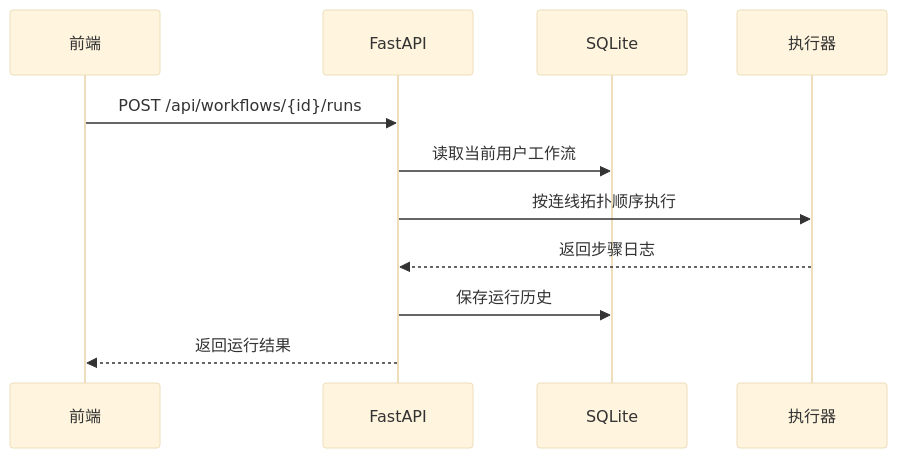
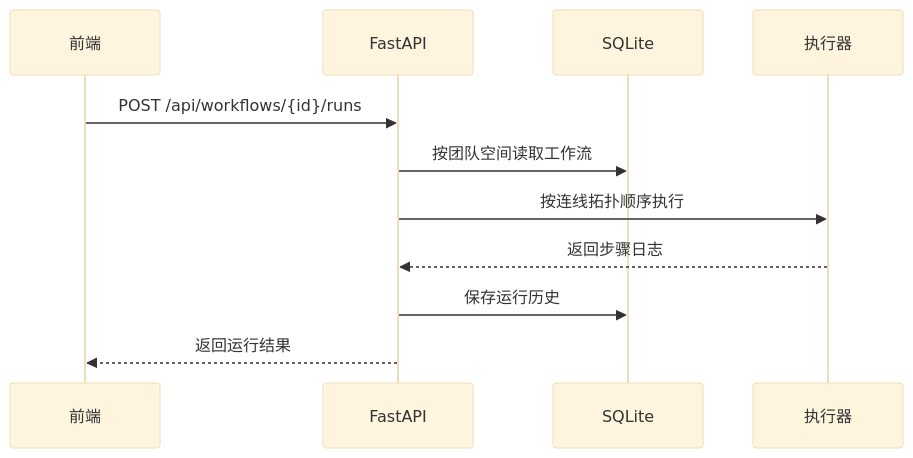
One commit to 996963759/workflow-studio changed the third of 3 diagrams in docs/architecture.md. Above: the diagram before and after it, drawn with Mermaid (base theme). The commit also changed other lines of this file and 21 other files, not shown here.

````diff
--- a/docs/architecture.md
+++ b/docs/architecture.md
@@ -38,13 +59,13 @@
 ```mermaid
 sequenceDiagram
   participant UI as 前端
   participant API as FastAPI
   participant DB as SQLite
   participant Runner as 执行器
   UI->>API: POST /api/workflows/{id}/runs
-  API->>DB: 读取当前用户工作流
+  API->>DB: 按团队空间读取工作流
   API->>Runner: 按连线拓扑顺序执行
   Runner-->>API: 返回步骤日志
   API->>DB: 保存运行历史
   API-->>UI: 返回运行结果
 ```
````
